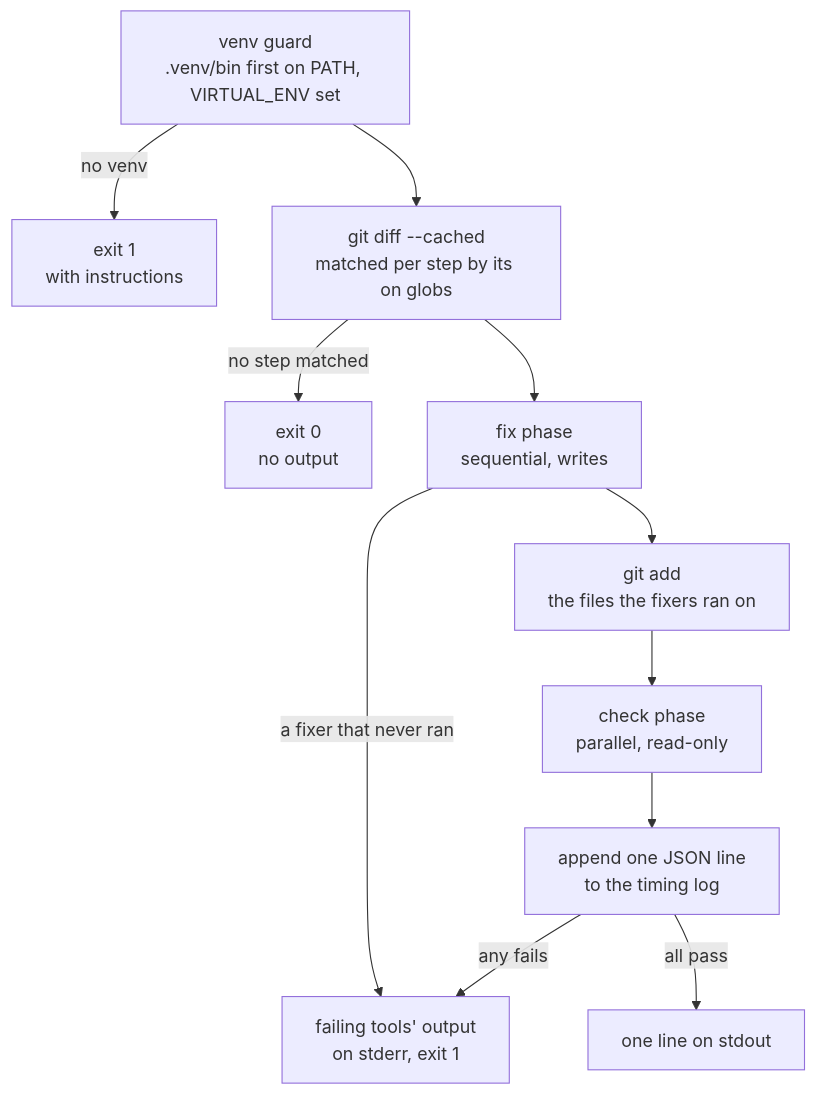
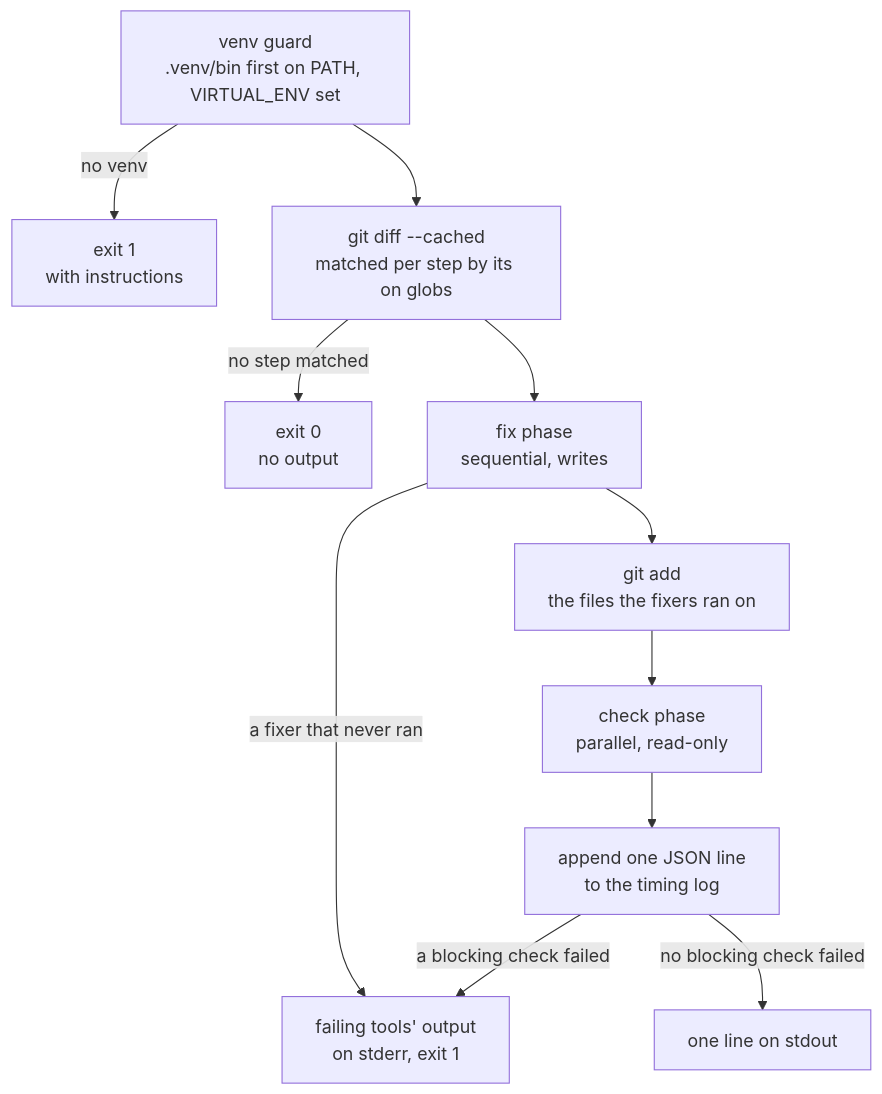
The first of 3 diagrams in docs/src/how-it-works.md (mojzis/madoqua), drawn with Mermaid before and after one commit. The commit also changed other lines of this file and 22 other files, not shown here.

````diff
--- a/docs/src/how-it-works.md
+++ b/docs/src/how-it-works.md
@@ -5,13 +5,13 @@
 ```mermaid
 flowchart TD
     guard[venv guard<br/>.venv/bin first on PATH, VIRTUAL_ENV set] -->|no venv| blocked[exit 1<br/>with instructions]
     guard --> staged[git diff --cached<br/>matched per step by its on globs]
     staged -->|no step matched| quiet[exit 0<br/>no output]
     staged --> fix[fix phase<br/>sequential, writes]
     fix -->|a fixer that never ran| failures
     fix --> add[git add<br/>the files the fixers ran on]
     add --> check[check phase<br/>parallel, read-only]
     check --> log[append one JSON line<br/>to the timing log]
-    log -->|all pass| verdict[one line on stdout]
-    log -->|any fails| failures[failing tools' output<br/>on stderr, exit 1]
+    log -->|no blocking check failed| verdict[one line on stdout]
+    log -->|a blocking check failed| failures[failing tools' output<br/>on stderr, exit 1]
 ```
````
